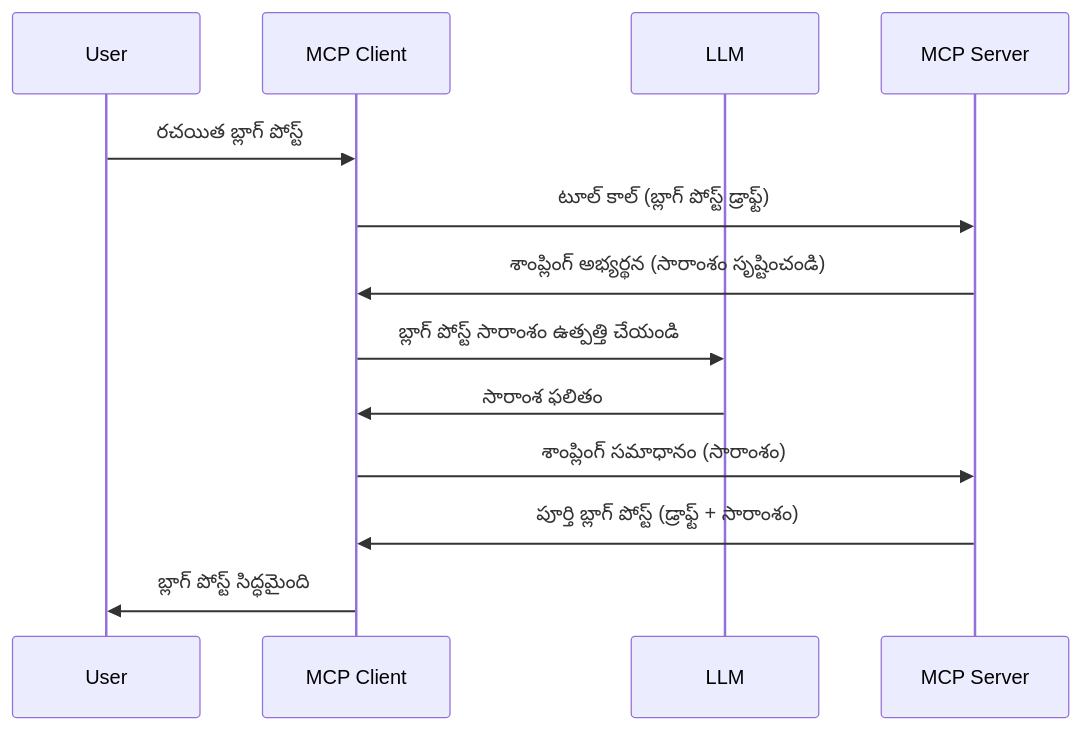
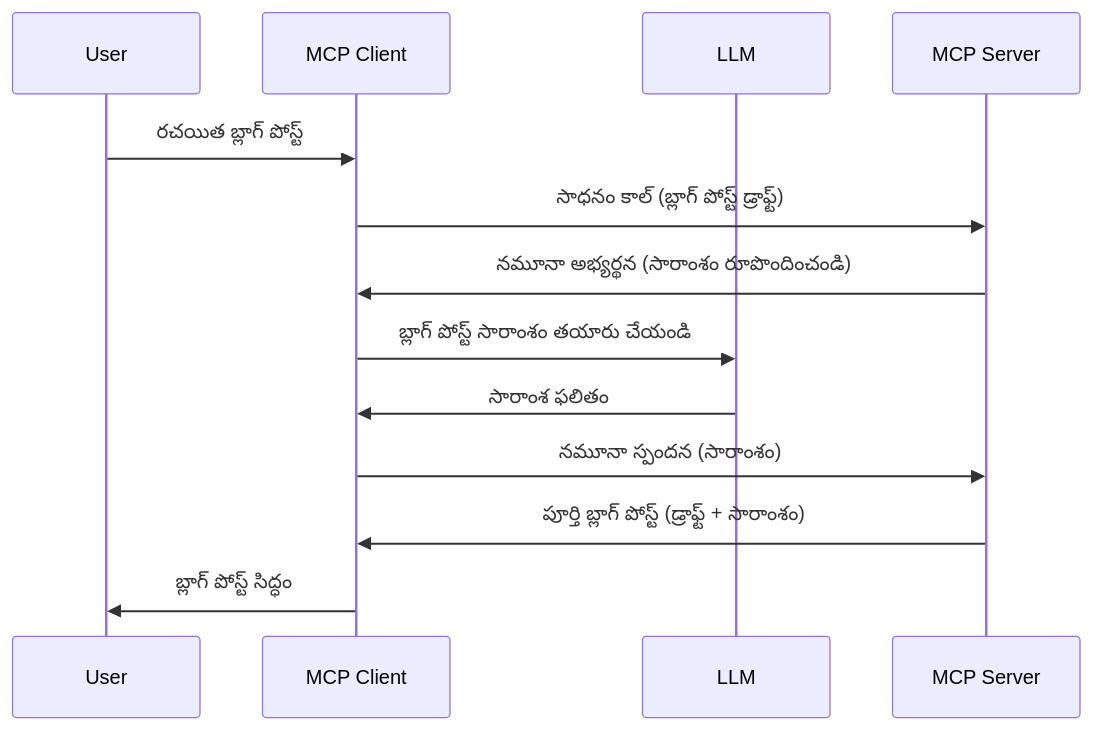
One commit to HIDORAKAI002/ai-workspace-archive changed the diagram in mcp_ecosystem__model_context_protocol/mcp_learning_resources/mcp-for-beginners/translations/te/03-GettingStarted/14-sampling/README.md. Above: the diagram before and after it, drawn with Mermaid. The commit also changed other lines of this file and 5748 other files, not shown here.

Commit message:
chore(sync): update MCP Python SDK, MCP TypeScript SDK, Supabase MCP, Kubernetes MCP Server, Git MCP, MCP Agent, Awesome ChatGPT Prompts, Langfuse, +62 more

````diff
--- a/mcp_ecosystem__model_context_protocol/mcp_learning_resources/mcp-for-beginners/translations/te/03-GettingStarted/14-sampling/README.md
+++ b/mcp_ecosystem__model_context_protocol/mcp_learning_resources/mcp-for-beginners/translations/te/03-GettingStarted/14-sampling/README.md
@@ -25,16 +27,16 @@
 ```mermaid
 sequenceDiagram
     participant User
     participant MCP Client
     participant LLM
     participant MCP Server
 
     User->>MCP Client: రచయిత బ్లాగ్ పోస్ట్
-    MCP Client->>MCP Server: టూల్ కాల్ (బ్లాగ్ పోస్ట్ డ్రాఫ్ట్)
-    MCP Server->>MCP Client: శాంప్లింగ్ అభ్యర్థన (సారాంశం సృష్టించండి)
-    MCP Client->>LLM: బ్లాగ్ పోస్ట్ సారాంశం ఉత్పత్తి చేయండి
+    MCP Client->>MCP Server: సాధనం కాల్ (బ్లాగ్ పోస్ట్ డ్రాఫ్ట్)
+    MCP Server->>MCP Client: నమూనా అభ్యర్థన (సారాంశం రూపొందించండి)
+    MCP Client->>LLM: బ్లాగ్ పోస్ట్ సారాంశం తయారు చేయండి
     LLM->>MCP Client: సారాంశ ఫలితం
-    MCP Client->>MCP Server: శాంప్లింగ్ సమాధానం (సారాంశం)
+    MCP Client->>MCP Server: నమూనా స్పందన (సారాంశం)
     MCP Server->>MCP Client: పూర్తి బ్లాగ్ పోస్ట్ (డ్రాఫ్ట్ + సారాంశం)
-    MCP Client->>User: బ్లాగ్ పోస్ట్ సిద్ధమైంది
+    MCP Client->>User: బ్లాగ్ పోస్ట్ సిద్ధం
 ```
````
